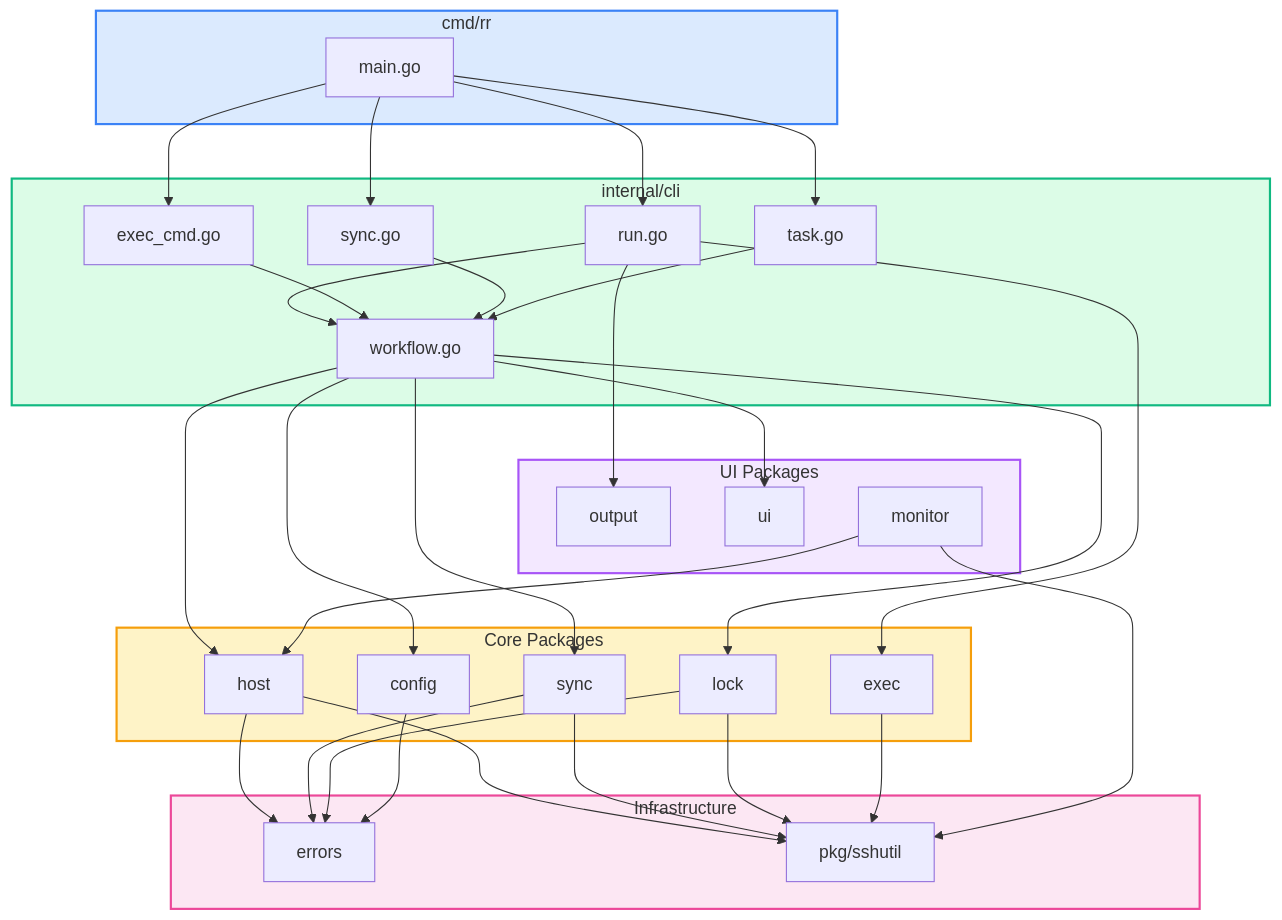
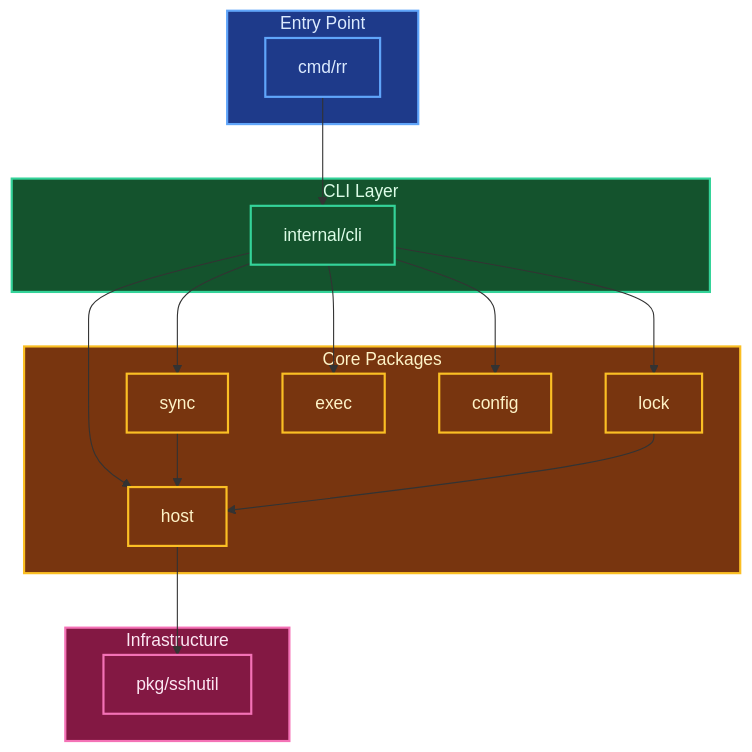
The second of 9 diagrams in ARCHITECTURE.md (rileyhilliard/rr), drawn with Mermaid before and after one commit. The commit also changed other lines of this file, not shown here.

First line of the commit message:
docs: add architecture diagrams

````diff
--- a/ARCHITECTURE.md
+++ b/ARCHITECTURE.md
@@ -786,71 +786,48 @@
 ```mermaid
 flowchart TB
-    subgraph cmd["cmd/rr"]
-        main[main.go]
+    subgraph entry["Entry Point"]
+        cmd[cmd/rr]
     end
 
-    subgraph cli["internal/cli"]
-        run[run.go]
-        exec_cmd[exec_cmd.go]
-        sync_cmd[sync.go]
-        task[task.go]
-        workflow[workflow.go]
+    subgraph cli_layer["CLI Layer"]
+        cli[internal/cli]
     end
 
     subgraph core["Core Packages"]
+        host[host]
+        sync[sync]
+        lock[lock]
+        exec[exec]
         config[config]
-        hostpkg[host]
-        syncpkg[sync]
-        execpkg[exec]
-        lockpkg[lock]
-    end
-
-    subgraph ui_layer["UI Packages"]
-        output[output]
-        ui[ui]
-        monitor[monitor]
     end
 
     subgraph infra["Infrastructure"]
-        errors[errors]
         sshutil[pkg/sshutil]
     end
 
-    main --> run
-    main --> exec_cmd
-    main --> sync_cmd
-    main --> task
+    cmd --> cli
 
-    run --> workflow
-    exec_cmd --> workflow
-    sync_cmd --> workflow
-    task --> workflow
+    cli --> host
+    cli --> sync
+    cli --> lock
+    cli --> exec
+    cli --> config
 
-    workflow --> config
-    workflow --> hostpkg
-    workflow --> syncpkg
-    workflow --> lockpkg
-    workflow --> ui
+    host --> sshutil
+    sync --> host
+    lock --> host
 
-    hostpkg --> sshutil
-    syncpkg --> sshutil
-    lockpkg --> sshutil
-    execpkg --> sshutil
+    style entry fill:#1e3a8a,stroke:#60a5fa,stroke-width:2px,color:#dbeafe
+    style cli_layer fill:#14532d,stroke:#34d399,stroke-width:2px,color:#dcfce7
+    style core fill:#78350f,stroke:#fbbf24,stroke-width:2px,color:#fef3c7
+    style infra fill:#831843,stroke:#f472b6,stroke-width:2px,color:#fce7f3
 
-    run --> output
-    run --> execpkg
-
-    hostpkg --> errors
-    syncpkg --> errors
-    lockpkg --> errors
-    config --> errors
-
-    monitor --> hostpkg
-    monitor --> sshutil
-
-    style cmd fill:#dbeafe,stroke:#3b82f6,stroke-width:2px
-    style cli fill:#dcfce7,stroke:#10b981,stroke-width:2px
-    style core fill:#fef3c7,stroke:#f59e0b,stroke-width:2px
-    style ui_layer fill:#f3e8ff,stroke:#a855f7,stroke-width:2px
-    style infra fill:#fce7f3,stroke:#ec4899,stroke-width:2px
+    style cmd fill:#1e3a8a,stroke:#60a5fa,stroke-width:2px,color:#dbeafe
+    style cli fill:#14532d,stroke:#34d399,stroke-width:2px,color:#dcfce7
+    style host fill:#78350f,stroke:#fbbf24,stroke-width:2px,color:#fef3c7
+    style sync fill:#78350f,stroke:#fbbf24,stroke-width:2px,color:#fef3c7
+    style lock fill:#78350f,stroke:#fbbf24,stroke-width:2px,color:#fef3c7
+    style exec fill:#78350f,stroke:#fbbf24,stroke-width:2px,color:#fef3c7
+    style config fill:#78350f,stroke:#fbbf24,stroke-width:2px,color:#fef3c7
+    style sshutil fill:#831843,stroke:#f472b6,stroke-width:2px,color:#fce7f3
 ```
````
